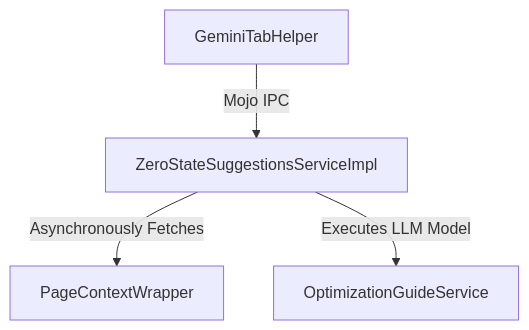
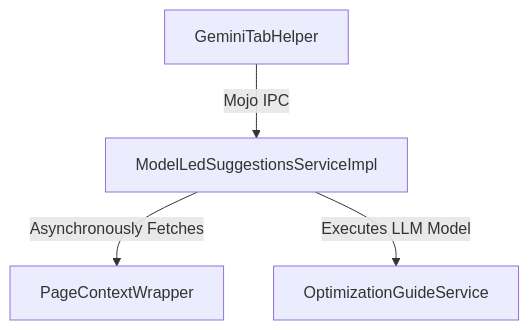
One commit to benji-cannot-code/fast-vc-chromium-benchmark-run-4 changed the first of 2 diagrams in ios/chrome/browser/intelligence/zero_state_suggestions/README.md. Above: the diagram before and after it, drawn with Mermaid. The commit also changed other lines of this file and 11 other files, not shown here.

First line of the commit message:
[iOS] Rename ZeroStateSuggestionsService to ModelLedSuggestionsService

````diff
--- a/ios/chrome/browser/intelligence/zero_state_suggestions/README.md
+++ b/ios/chrome/browser/intelligence/zero_state_suggestions/README.md
@@ -12,6 +12,6 @@
 ```mermaid
 graph TD
-    A[GeminiTabHelper] -->|Mojo IPC| B[ZeroStateSuggestionsServiceImpl]
+    A[GeminiTabHelper] -->|Mojo IPC| B[ModelLedSuggestionsServiceImpl]
     B -->|Asynchronously Fetches| C[PageContextWrapper]
     B -->|Executes LLM Model| D[OptimizationGuideService]
 ```
````
